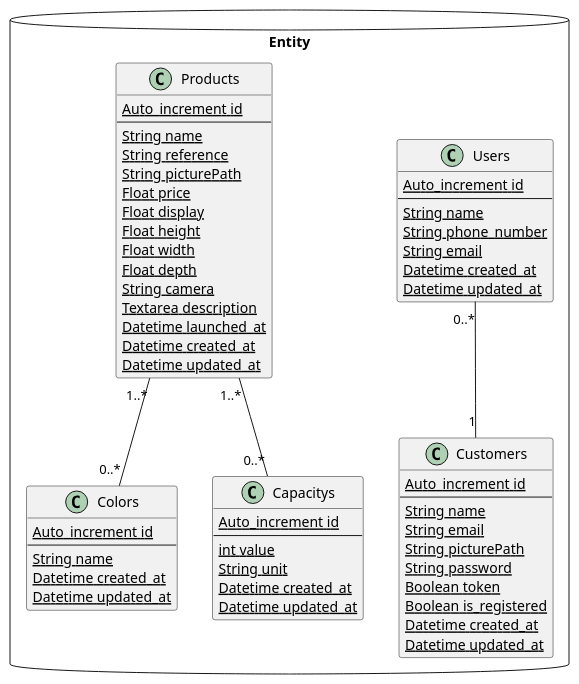
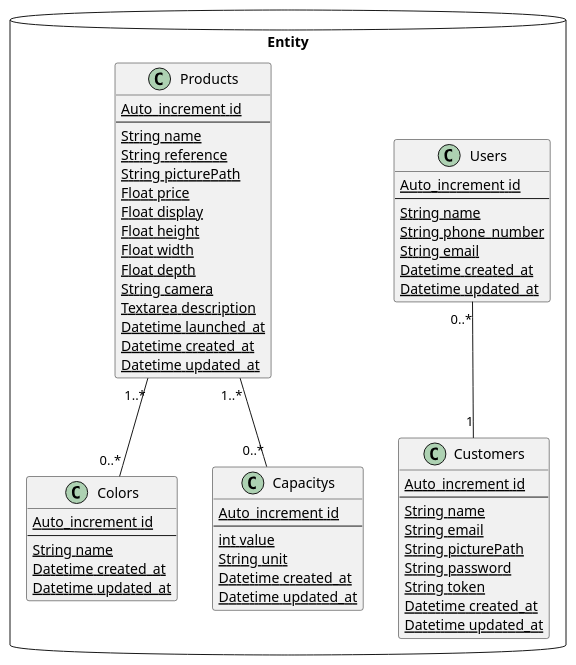
Before and after one commit to HaiseB/BileMo: the diagram in uml/class.plantuml, drawn with PlantUML. The commit also changed 7 other files, not shown here.

```diff
--- a/uml/class.plantuml
+++ b/uml/class.plantuml
@@ -1,69 +1,68 @@
 @startuml class
 
 package Entity <<Database>> {
     class Customers {
         {static} Auto_increment id
         --
         {static} String name
         {static} String email
         {static} String picturePath
         {static} String password
-        {static} Boolean token
-        {static} Boolean is_registered
+        {static} String token
         {static} Datetime created_at
         {static} Datetime updated_at
     }
 
     Users "0..*" -- "1" Customers
 
     class Users {
         {static} Auto_increment id
         --
         {static} String name
         {static} String phone_number
         {static} String email
         {static} Datetime created_at
         {static} Datetime updated_at
     }
 
     class Products {
         {static} Auto_increment id
         --
         {static} String name
         {static} String reference
         {static} String picturePath
         {static} Float price
         {static} Float display
         {static} Float height
         {static} Float width
         {static} Float depth
         {static} String camera
         {static} Textarea description
         {static} Datetime launched_at
         {static} Datetime created_at
         {static} Datetime updated_at
     }
 
     Products "1..*" -- "0..*" Colors
 
     class Colors {
         {static} Auto_increment id
         --
         {static} String name
         {static} Datetime created_at
         {static} Datetime updated_at
     }
 
     Products "1..*" -- "0..*" Capacitys
 
     class Capacitys {
         {static} Auto_increment id
         --
         {static} int value
         {static} String unit
         {static} Datetime created_at
         {static} Datetime updated_at
     }
 }
 
 @enduml
```
